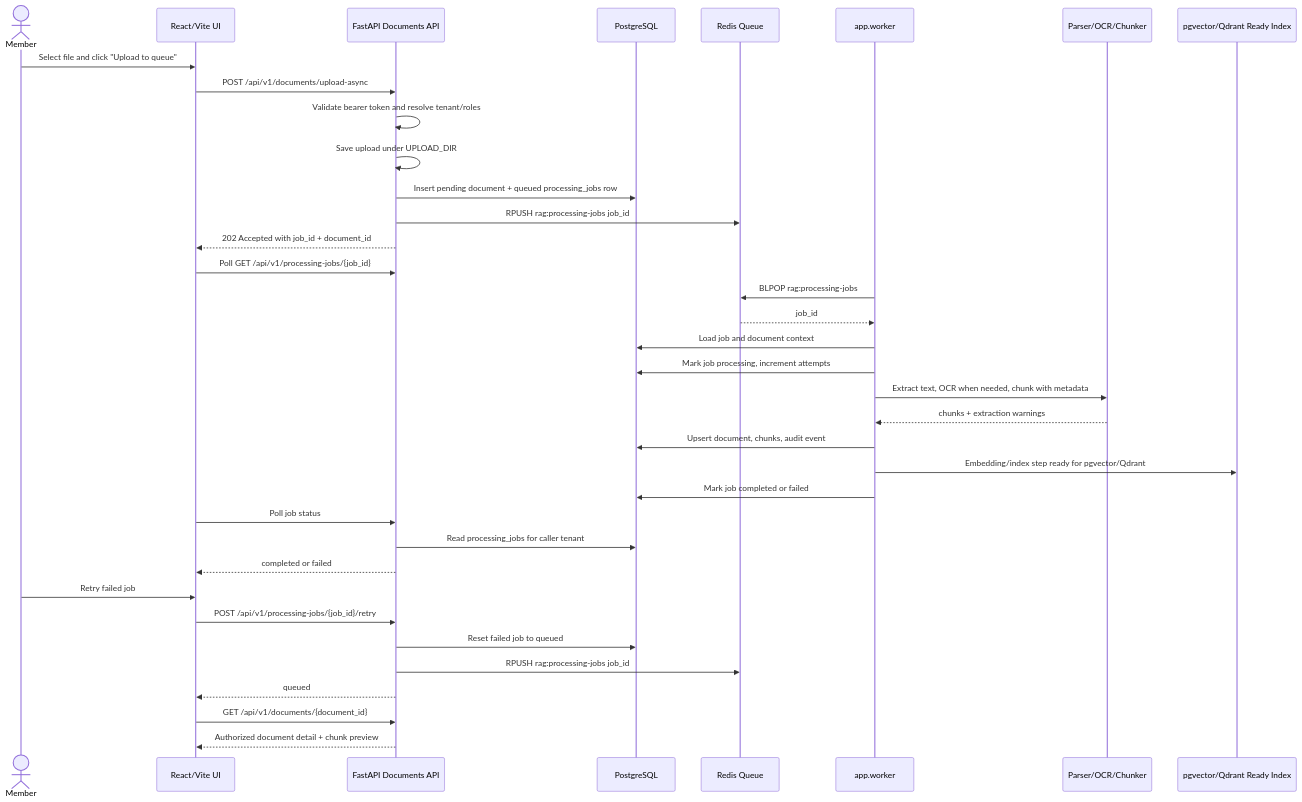
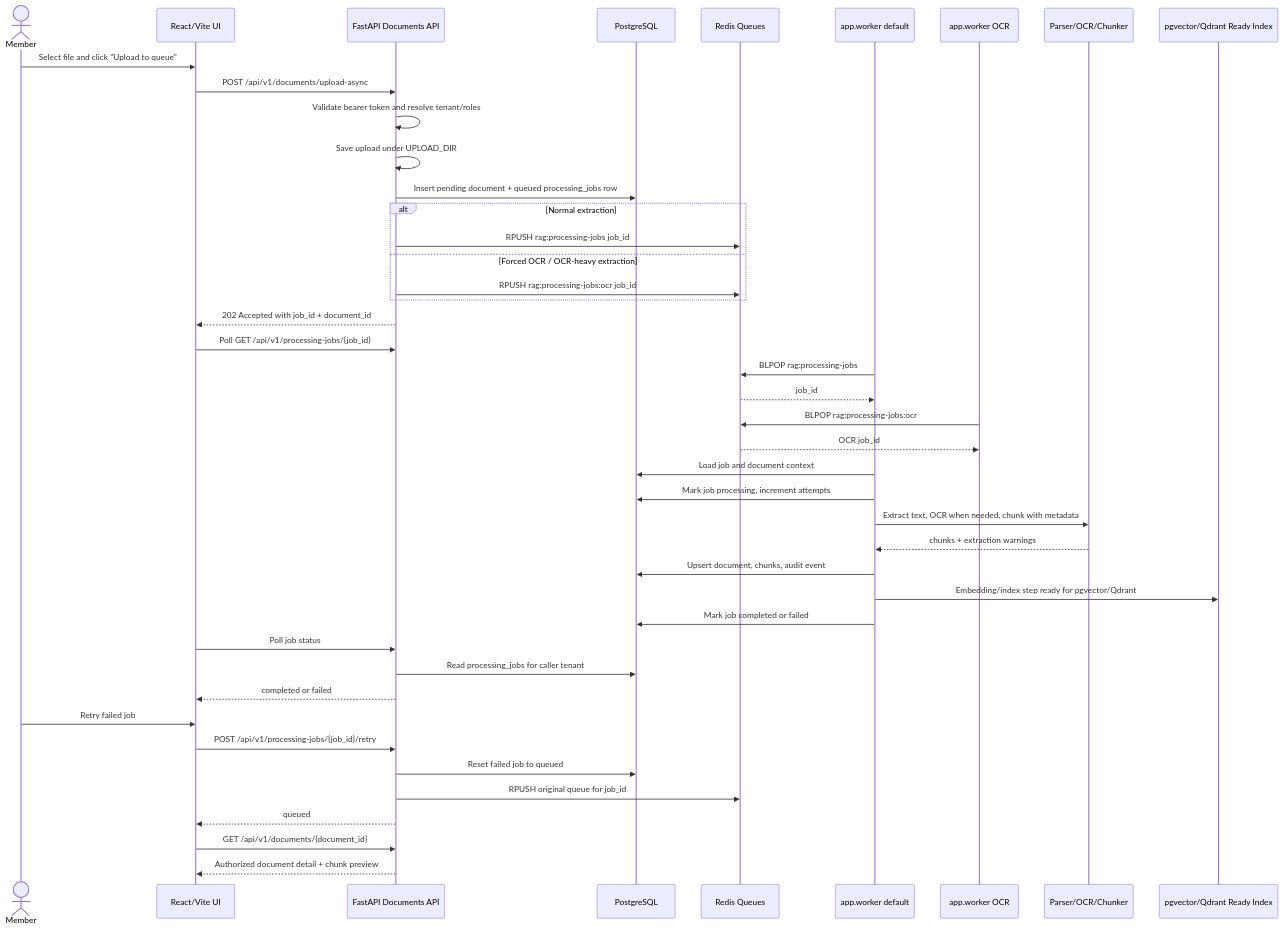
Before and after one commit to lnrdwarampudis-git/rag-saas-docs-ingestion-poc: the second of 10 diagrams in docs/flow-diagrams.md, drawn with Mermaid. The commit also changed 11 other files, not shown here.

Commit message:
Add dedicated OCR processing queue

````diff
--- a/docs/flow-diagrams.md
+++ b/docs/flow-diagrams.md
@@ -37,39 +37,46 @@
 ```mermaid
 sequenceDiagram
   actor Member
   participant UI as React/Vite UI
   participant API as FastAPI Documents API
   participant DB as PostgreSQL
-  participant Redis as Redis Queue
-  participant Worker as app.worker
+  participant Redis as Redis Queues
+  participant Worker as app.worker default
+  participant OCRWorker as app.worker OCR
   participant Parser as Parser/OCR/Chunker
   participant Vector as pgvector/Qdrant Ready Index
 
   Member->>UI: Select file and click "Upload to queue"
   UI->>API: POST /api/v1/documents/upload-async
   API->>API: Validate bearer token and resolve tenant/roles
   API->>API: Save upload under UPLOAD_DIR
   API->>DB: Insert pending document + queued processing_jobs row
-  API->>Redis: RPUSH rag:processing-jobs job_id
+  alt Normal extraction
+    API->>Redis: RPUSH rag:processing-jobs job_id
+  else Forced OCR / OCR-heavy extraction
+    API->>Redis: RPUSH rag:processing-jobs:ocr job_id
+  end
   API-->>UI: 202 Accepted with job_id + document_id
   UI->>API: Poll GET /api/v1/processing-jobs/{job_id}
   Worker->>Redis: BLPOP rag:processing-jobs
   Redis-->>Worker: job_id
+  OCRWorker->>Redis: BLPOP rag:processing-jobs:ocr
+  Redis-->>OCRWorker: OCR job_id
   Worker->>DB: Load job and document context
   Worker->>DB: Mark job processing, increment attempts
   Worker->>Parser: Extract text, OCR when needed, chunk with metadata
   Parser-->>Worker: chunks + extraction warnings
   Worker->>DB: Upsert document, chunks, audit event
   Worker->>Vector: Embedding/index step ready for pgvector/Qdrant
   Worker->>DB: Mark job completed or failed
   UI->>API: Poll job status
   API->>DB: Read processing_jobs for caller tenant
   API-->>UI: completed or failed
   Member->>UI: Retry failed job
   UI->>API: POST /api/v1/processing-jobs/{job_id}/retry
   API->>DB: Reset failed job to queued
-  API->>Redis: RPUSH rag:processing-jobs job_id
+  API->>Redis: RPUSH original queue for job_id
   API-->>UI: queued
   UI->>API: GET /api/v1/documents/{document_id}
   API-->>UI: Authorized document detail + chunk preview
 ```
````
